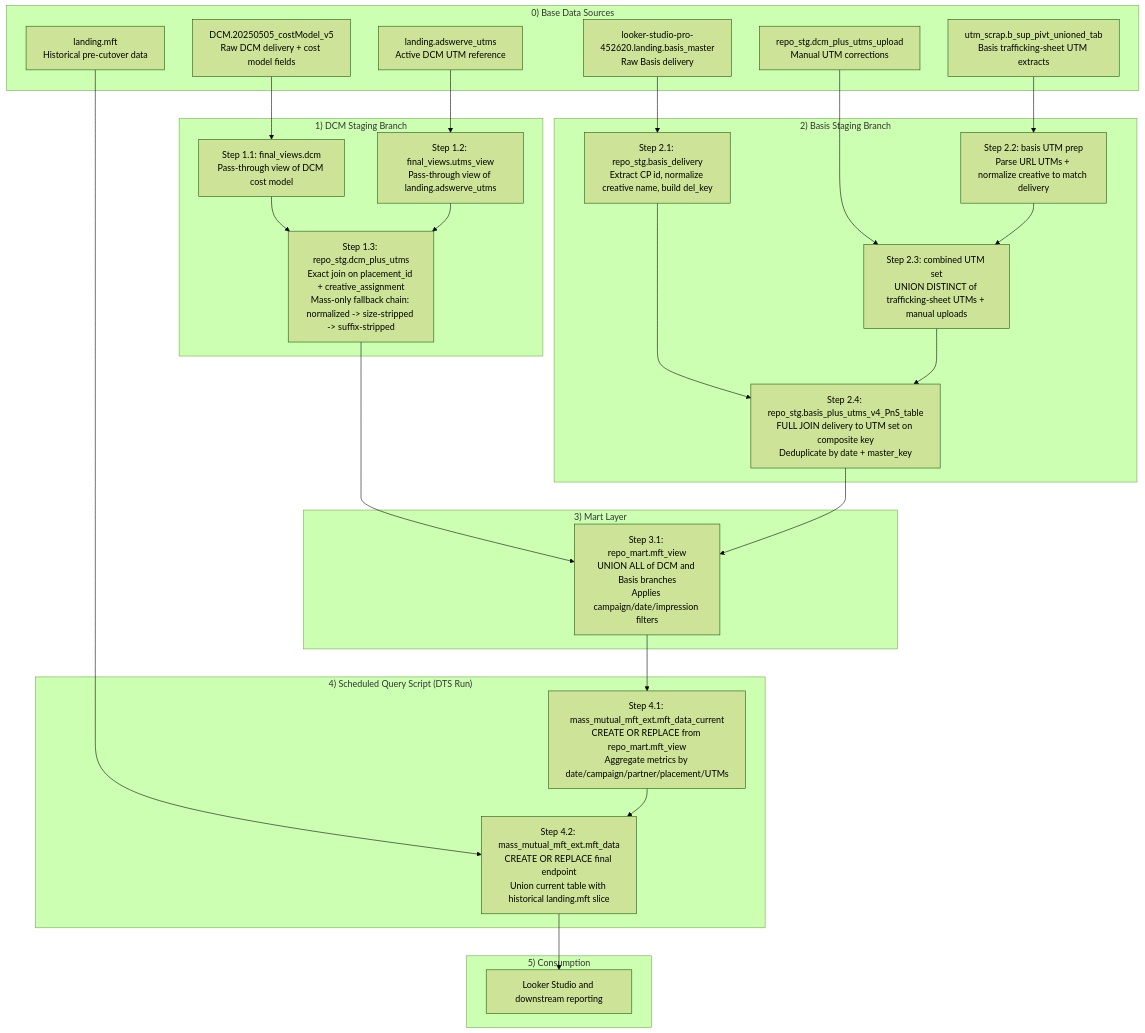
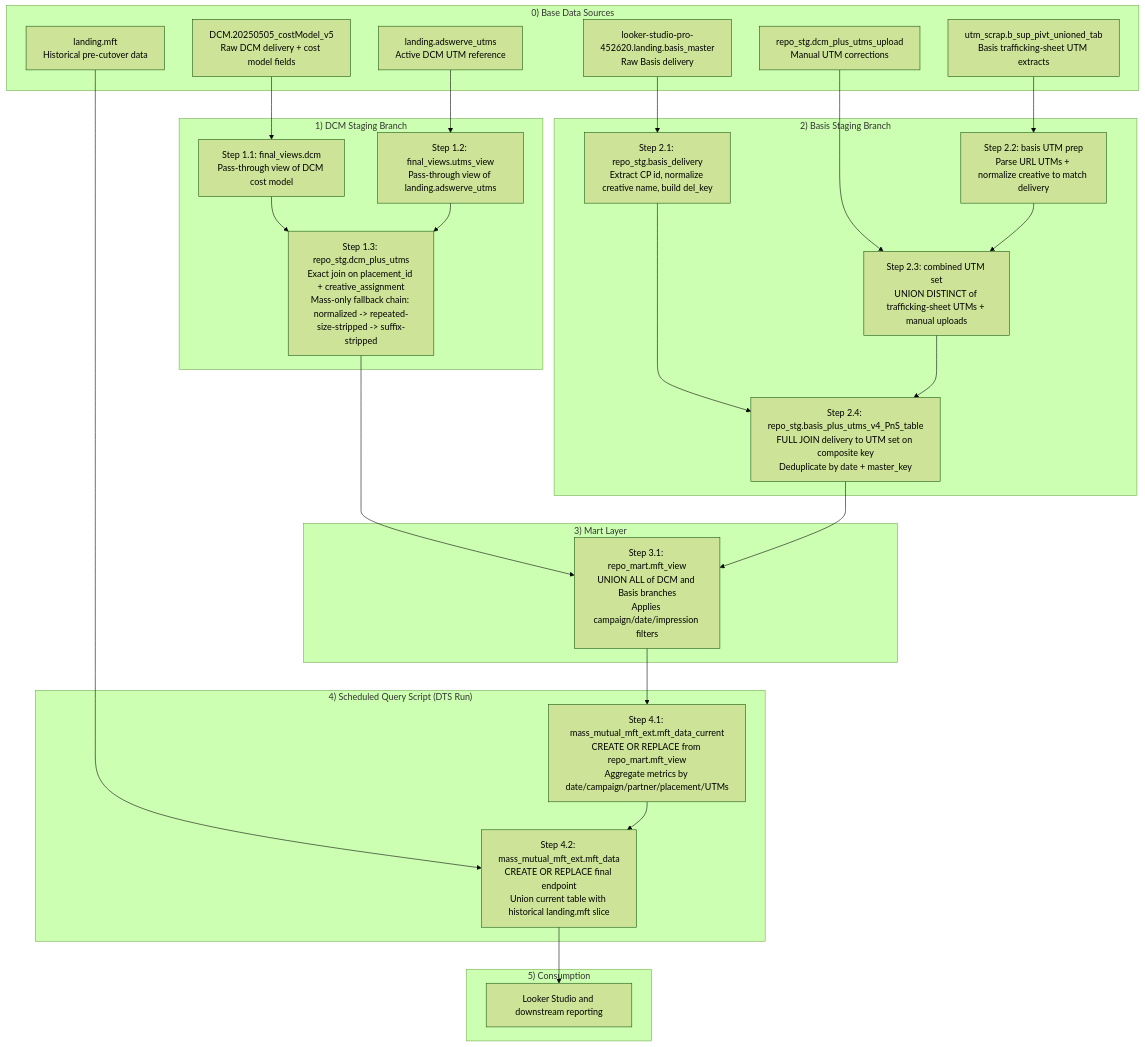
One commit to genetsen/looker_personal changed the diagram in mft/README.md. Above: the diagram before and after it, drawn with Mermaid (forest theme). The commit also changed other lines of this file and 8 other files, not shown here.

````diff
--- a/mft/README.md
+++ b/mft/README.md
@@ -57,65 +57,65 @@
 ```mermaid
 flowchart TD
     %% Sources
     subgraph S["0) Base Data Sources"]
         DCM0["DCM.20250505_costModel_v5<br/>Raw DCM delivery + cost model fields"]
         BASIS0["looker-studio-pro-452620.landing.basis_master<br/>Raw Basis delivery"]
         UTM1["landing.adswerve_utms<br/>Active DCM UTM reference"]
         UTM2["utm_scrap.b_sup_pivt_unioned_tab<br/>Basis trafficking-sheet UTM extracts"]
         UTM3["repo_stg.dcm_plus_utms_upload<br/>Manual UTM corrections"]
         HIST0["landing.mft<br/>Historical pre-cutover data"]
     end
 
     %% DCM staging path
     subgraph D["1) DCM Staging Branch"]
         D1["Step 1.1: final_views.dcm<br/>Pass-through view of DCM cost model"]
         D2["Step 1.2: final_views.utms_view<br/>Pass-through view of landing.adswerve_utms"]
-        D3["Step 1.3: repo_stg.dcm_plus_utms<br/>Exact join on placement_id + creative_assignment<br/>Mass-only fallback chain: normalized -> size-stripped -> suffix-stripped"]
+        D3["Step 1.3: repo_stg.dcm_plus_utms<br/>Exact join on placement_id + creative_assignment<br/>Mass-only fallback chain: normalized -> repeated-size-stripped -> suffix-stripped"]
     end
 
     %% Basis staging path
     subgraph B["2) Basis Staging Branch"]
         B1["Step 2.1: repo_stg.basis_delivery<br/>Extract CP id, normalize creative name, build del_key"]
         B2["Step 2.2: basis UTM prep<br/>Parse URL UTMs + normalize creative to match delivery"]
         B3["Step 2.3: combined UTM set<br/>UNION DISTINCT of trafficking-sheet UTMs + manual uploads"]
         B4["Step 2.4: repo_stg.basis_plus_utms_v4_PnS_table<br/>FULL JOIN delivery to UTM set on composite key<br/>Deduplicate by date + master_key"]
     end
 
     %% Mart
     subgraph M["3) Mart Layer"]
         M1["Step 3.1: repo_mart.mft_view<br/>UNION ALL of DCM and Basis branches<br/>Applies campaign/date/impression filters"]
     end
 
     %% Scheduled endpoint build
     subgraph Q["4) Scheduled Query Script (DTS Run)"]
         Q1["Step 4.1: mass_mutual_mft_ext.mft_data_current<br/>CREATE OR REPLACE from repo_mart.mft_view<br/>Aggregate metrics by date/campaign/partner/placement/UTMs"]
         Q2["Step 4.2: mass_mutual_mft_ext.mft_data<br/>CREATE OR REPLACE final endpoint<br/>Union current table with historical landing.mft slice"]
     end
 
     %% Consumption
     subgraph C["5) Consumption"]
         C1["Looker Studio and downstream reporting"]
     end
 
     %% Edges: source -> dcm
     DCM0 --> D1
     UTM1 --> D2
     D1 --> D3
     D2 --> D3
 
     %% Edges: source -> basis
     BASIS0 --> B1
     UTM2 --> B2
     UTM3 --> B3
     B2 --> B3
     B1 --> B4
     B3 --> B4
 
     %% Edges: branch -> mart -> endpoint
     D3 --> M1
     B4 --> M1
     M1 --> Q1
     HIST0 --> Q2
     Q1 --> Q2
     Q2 --> C1
 ```
````
